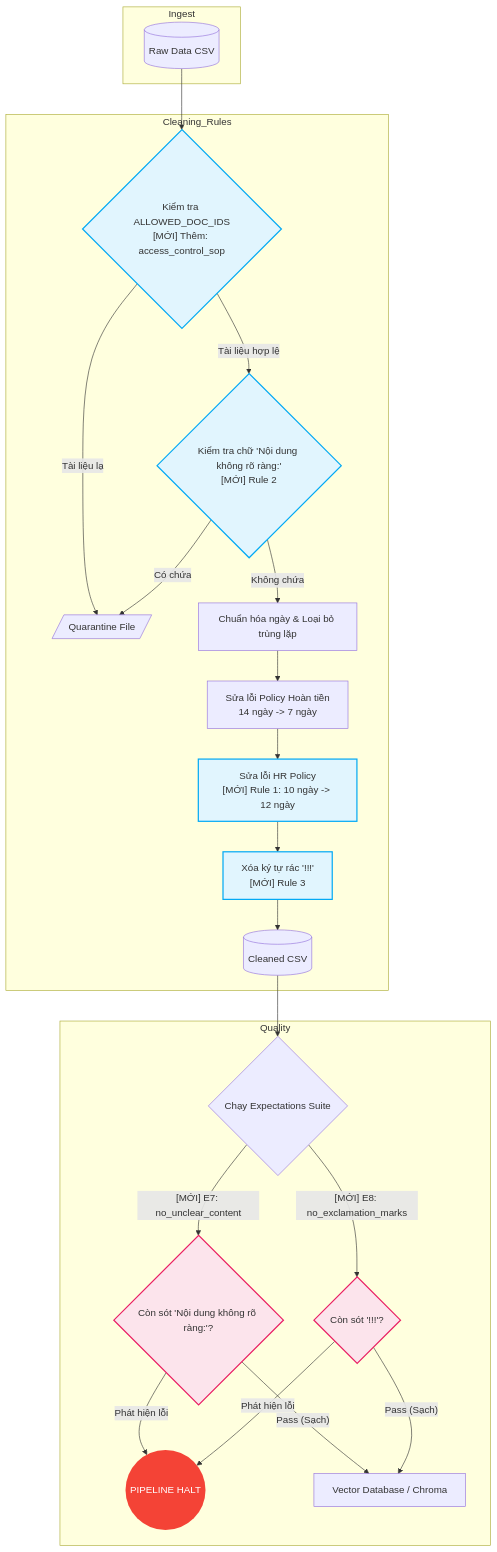
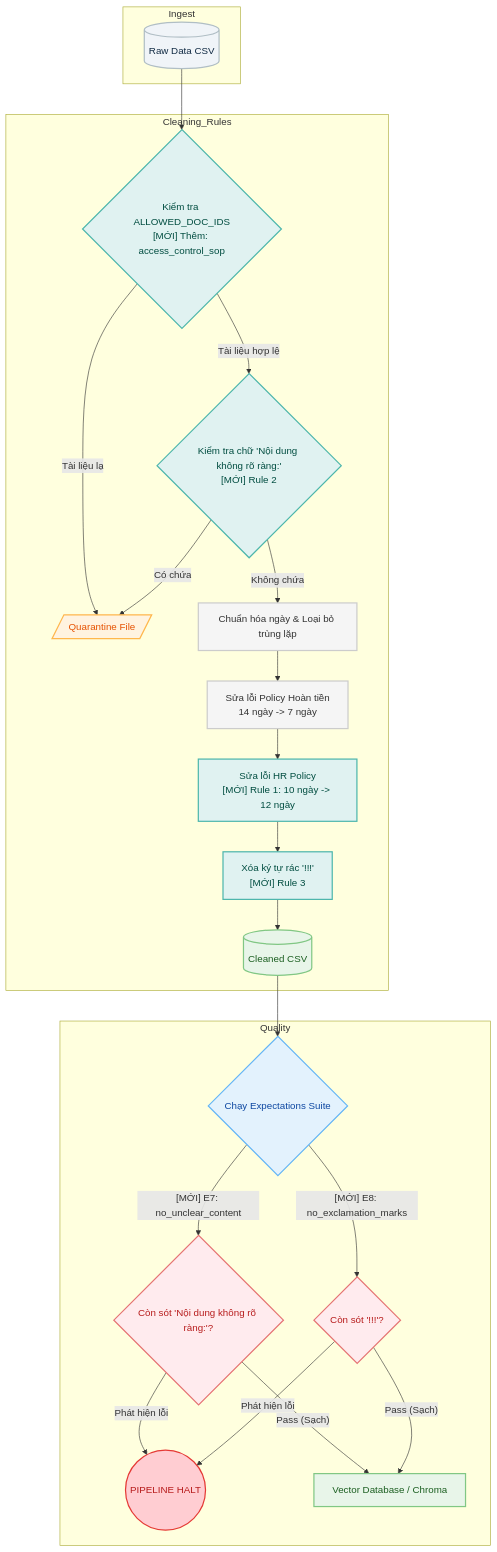
The diagram in technical_document.md (linhdt2-ai/Lecture-Day-10), drawn with Mermaid before and after one commit.

Commit message:
change graph text color

````diff
--- a/technical_document.md
+++ b/technical_document.md
@@ -18,41 +18,48 @@
 ```mermaid
 flowchart TD
     subgraph Ingest
         A[("Raw Data CSV")]
     end
 
     subgraph Cleaning_Rules
         A --> B{"Kiểm tra ALLOWED_DOC_IDS\n[MỚI] Thêm: access_control_sop"}
         B -- "Tài liệu lạ" --> Q[/"Quarantine File"/]
         B -- "Tài liệu hợp lệ" --> C{"Kiểm tra chữ 'Nội dung không rõ ràng:'\n[MỚI] Rule 2"}
         
         C -- "Có chứa" --> Q
         C -- "Không chứa" --> D["Chuẩn hóa ngày & Loại bỏ trùng lặp"]
         
         D --> E["Sửa lỗi Policy Hoàn tiền\n14 ngày -> 7 ngày"]
         E --> F["Sửa lỗi HR Policy\n[MỚI] Rule 1: 10 ngày -> 12 ngày"]
         F --> G["Xóa ký tự rác '!!!'\n[MỚI] Rule 3"]
         G --> H[("Cleaned CSV")]
     end
 
     subgraph Quality
         H --> I{"Chạy Expectations Suite"}
         
         I -->|"[MỚI] E7: no_unclear_content"| J{"Còn sót 'Nội dung không rõ ràng:'?"}
         I -->|"[MỚI] E8: no_exclamation_marks"| K{"Còn sót '!!!'?"}
         
         J -- "Phát hiện lỗi" --> HALT(("PIPELINE HALT"))
         K -- "Phát hiện lỗi" --> HALT
         
         J -- "Pass (Sạch)" --> L["Vector Database / Chroma"]
         K -- "Pass (Sạch)" --> L
     end
     
-    style B fill:#e1f5fe,stroke:#03a9f4,stroke-width:2px
-    style C fill:#e1f5fe,stroke:#03a9f4,stroke-width:2px
-    style F fill:#e1f5fe,stroke:#03a9f4,stroke-width:2px
-    style G fill:#e1f5fe,stroke:#03a9f4,stroke-width:2px
-    style J fill:#fce4ec,stroke:#e91e63,stroke-width:2px
-    style K fill:#fce4ec,stroke:#e91e63,stroke-width:2px
-    style HALT fill:#f44336,color:#fff,stroke-width:0px
+    style A fill:#f0f4f8,stroke:#b0bec5,stroke-width:2px,color:#102a43
+    style B fill:#e0f2f1,stroke:#4db6ac,stroke-width:2px,color:#004d40
+    style C fill:#e0f2f1,stroke:#4db6ac,stroke-width:2px,color:#004d40
+    style D fill:#f5f5f5,stroke:#cccccc,stroke-width:2px,color:#333333
+    style E fill:#f5f5f5,stroke:#cccccc,stroke-width:2px,color:#333333
+    style F fill:#e0f2f1,stroke:#4db6ac,stroke-width:2px,color:#004d40
+    style G fill:#e0f2f1,stroke:#4db6ac,stroke-width:2px,color:#004d40
+    style Q fill:#fff3e0,stroke:#ffb74d,stroke-width:2px,color:#e65100
+    style H fill:#e8f5e9,stroke:#81c784,stroke-width:2px,color:#1b5e20
+    style I fill:#e3f2fd,stroke:#64b5f6,stroke-width:2px,color:#0d47a1
+    style J fill:#ffebee,stroke:#e57373,stroke-width:2px,color:#b71c1c
+    style K fill:#ffebee,stroke:#e57373,stroke-width:2px,color:#b71c1c
+    style HALT fill:#ffcdd2,stroke:#e53935,stroke-width:2px,color:#b71c1c
+    style L fill:#e8f5e9,stroke:#81c784,stroke-width:2px,color:#1b5e20
 ```
````
